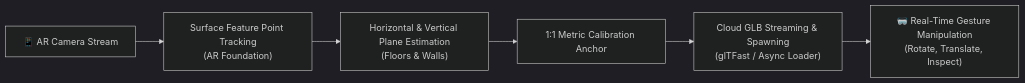
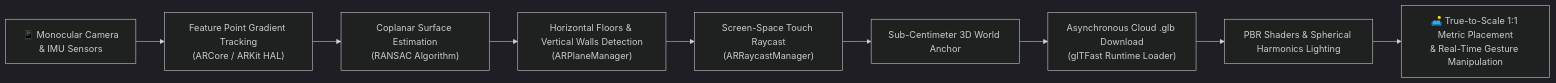
One commit to AureusBlaze/Mirage-AR-Furniture-Store changed the fourth of 4 diagrams in README.md. Above: the diagram before and after it, drawn with Mermaid (dark theme). The commit also changed other lines of this file, not shown here.

Commit message:
docs: improve and expand System Architecture visualization with comprehensive Mermaid diagrams

````diff
--- a/README.md
+++ b/README.md
@@ -94,8 +214,11 @@
 ```mermaid
 flowchart LR
-    A["📱 AR Camera Stream"] --> B["Surface Feature Point Tracking<br>(AR Foundation)"]
-    B --> C["Horizontal & Vertical Plane Estimation<br>(Floors & Walls)"]
-    C --> D["1:1 Metric Calibration Anchor"]
-    D --> E["Cloud GLB Streaming & Spawning<br>(glTFast / Async Loader)"]
-    E --> F["🥽 Real-Time Gesture Manipulation<br>(Rotate, Translate, Inspect)"]
+    A["📱 Monocular Camera<br>& IMU Sensors"] --> B["Feature Point Gradient Tracking<br>(ARCore / ARKit HAL)"]
+    B --> C["Coplanar Surface Estimation<br>(RANSAC Algorithm)"]
+    C --> D["Horizontal Floors & Vertical Walls Detection<br>(ARPlaneManager)"]
+    D --> E["Screen-Space Touch Raycast<br>(ARRaycastManager)"]
+    E --> F["Sub-Centimeter 3D World Anchor"]
+    F --> G["Asynchronous Cloud .glb Download<br>(glTFast Runtime Loader)"]
+    G --> H["PBR Shaders & Spherical Harmonics Lighting"]
+    H --> I["🛋️ True-to-Scale 1:1 Metric Placement<br>& Real-Time Gesture Manipulation"]
 ```
````
